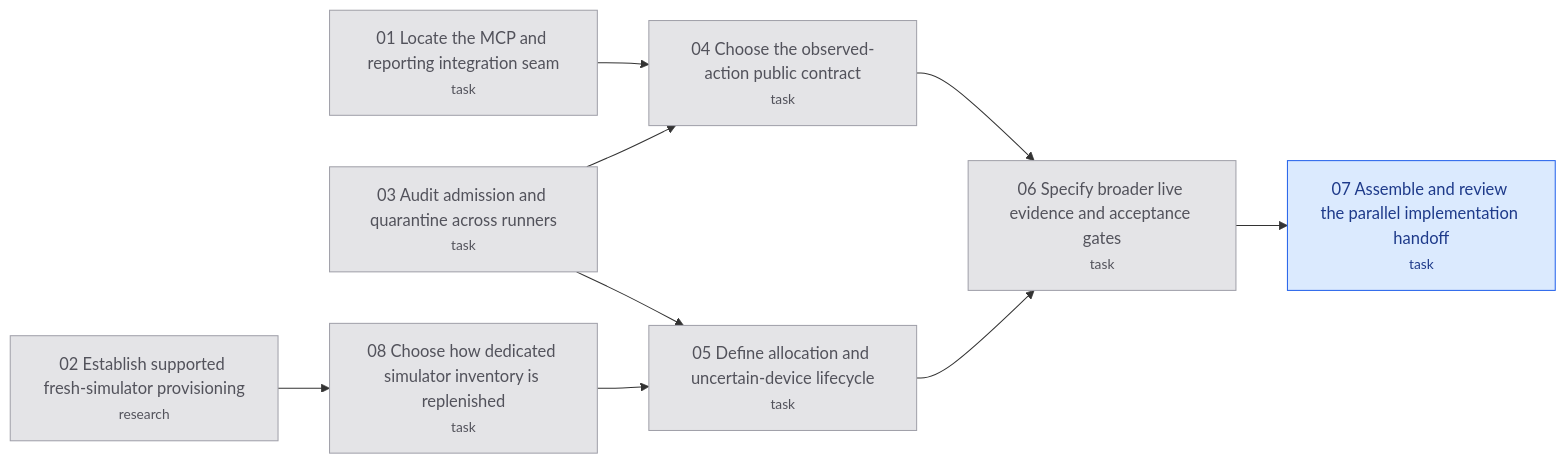
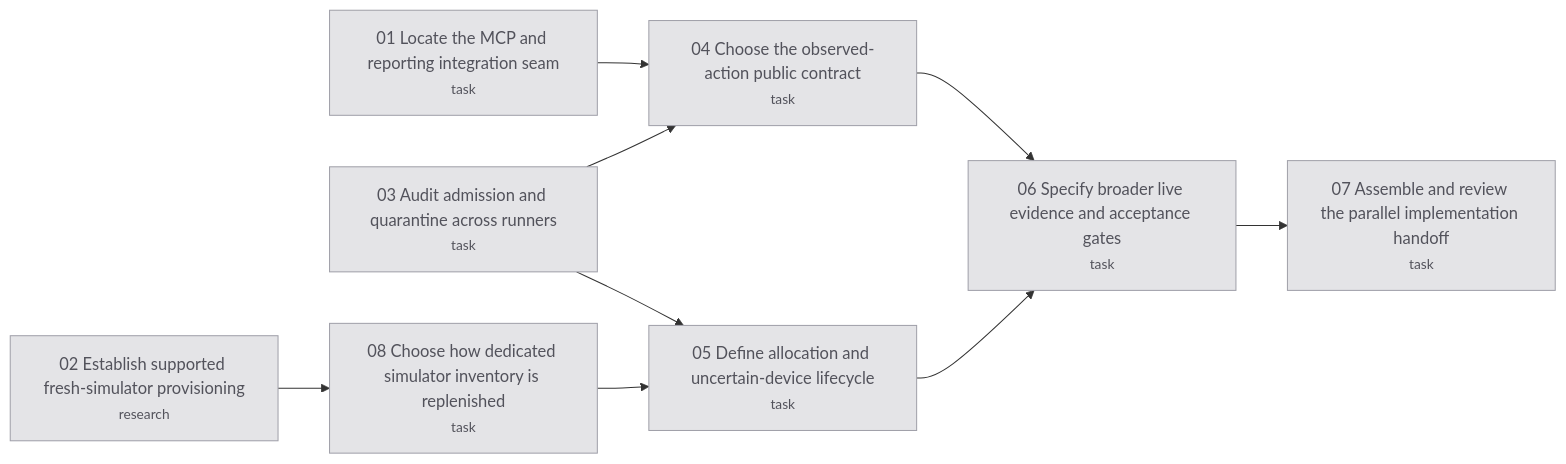
One commit to hugues-vnsgn/jev-ios-bridge changed the diagram in .scratch/observed-integration/map.md. Above: the diagram before and after it, drawn with Mermaid. The commit also changed other lines of this file and 25 other files, not shown here.

````diff
--- a/.scratch/observed-integration/map.md
+++ b/.scratch/observed-integration/map.md
@@ -43,25 +47,24 @@
 ```mermaid
 flowchart LR
     T01["01 Locate the MCP and reporting integration seam<br/><small>task</small>"]
     T02["02 Establish supported fresh-simulator provisioning<br/><small>research</small>"]
     T03["03 Audit admission and quarantine across runners<br/><small>task</small>"]
     T04["04 Choose the observed-action public contract<br/><small>task</small>"]
     T05["05 Define allocation and uncertain-device lifecycle<br/><small>task</small>"]
     T06["06 Specify broader live evidence and acceptance gates<br/><small>task</small>"]
     T07["07 Assemble and review the parallel implementation handoff<br/><small>task</small>"]
     T08["08 Choose how dedicated simulator inventory is replenished<br/><small>task</small>"]
     T01 --> T04
     T03 --> T04
     T03 --> T05
     T08 --> T05
     T04 --> T06
     T05 --> T06
     T06 --> T07
     T02 --> T08
     classDef resolved fill:#e4e4e7,stroke:#a1a1aa,color:#52525b
     classDef claimed fill:#dbeafe,stroke:#2563eb,color:#1e3a8a
     classDef frontier fill:#dcfce7,stroke:#16a34a,color:#14532d,stroke-width:2px
     classDef blocked fill:#ffffff,stroke:#a1a1aa,color:#18181b
-    class T01,T02,T03,T04,T05,T06,T08 resolved
-    class T07 claimed
+    class T01,T02,T03,T04,T05,T06,T07,T08 resolved
 ```
````
